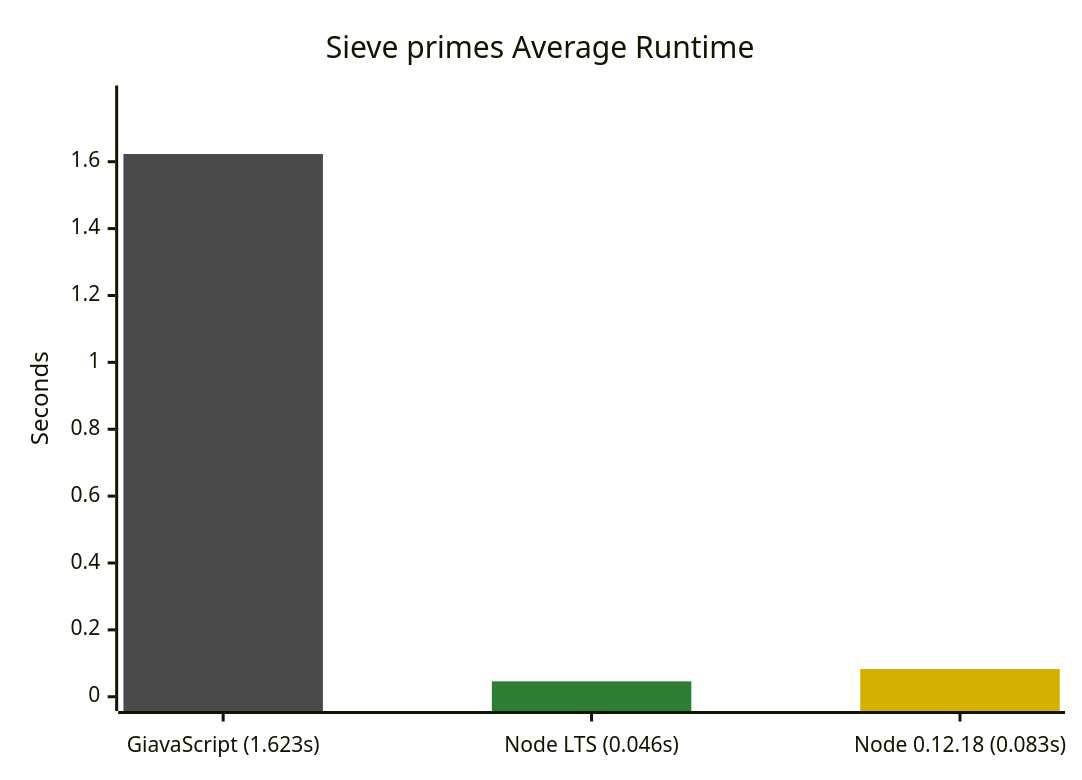
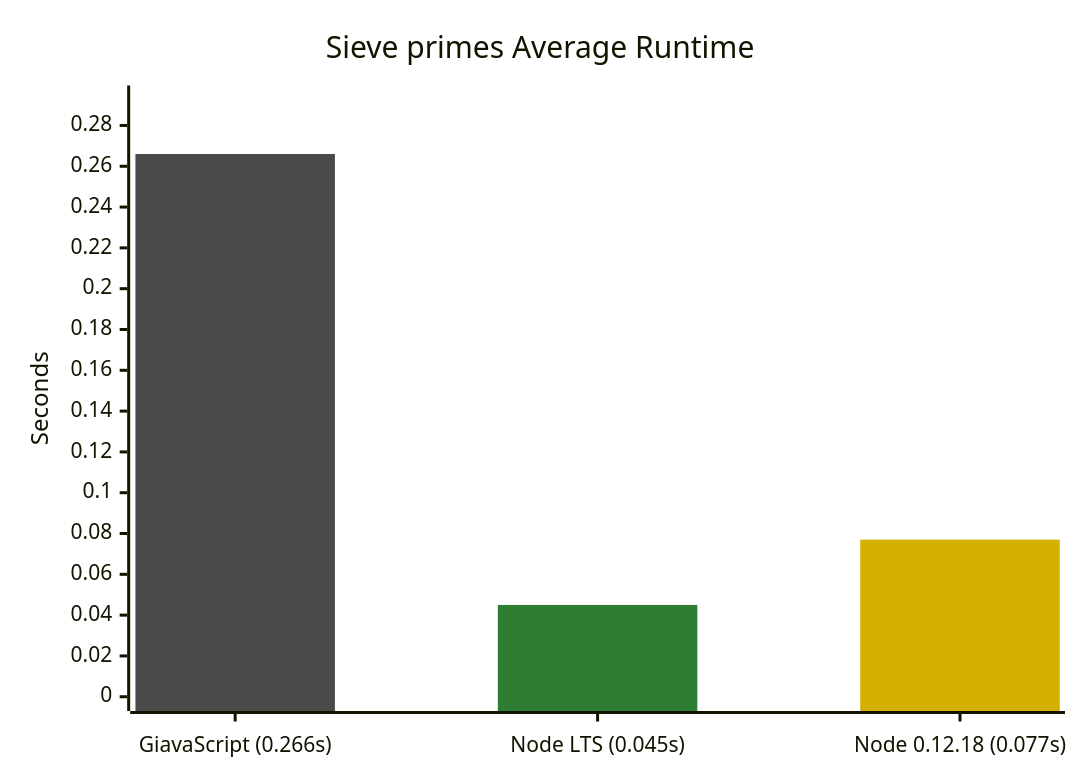
The fifth of 5 diagrams in README.md (GiavaScript/GiavaScript), drawn with Mermaid before and after one commit. The commit also changed other lines of this file and 2 other files, not shown here.

````diff
--- a/README.md
+++ b/README.md
@@ -127,10 +127,10 @@
 ```mermaid
 %%{init: {"themeVariables": {"xyChart": {"plotColorPalette": "#4a4a4a, #2e7d32, #d4b000"}}}}%%
 xychart-beta
     title "Sieve primes Average Runtime"
-    x-axis ["GiavaScript (1.623s)", "Node LTS (0.046s)", "Node 0.12.18 (0.083s)"]
-    y-axis "Seconds" 0 --> 1.7853
-    bar [1.623, -1, -1]
-    bar [-1, 0.046, -1]
-    bar [-1, -1, 0.083]
+    x-axis ["GiavaScript (0.266s)", "Node LTS (0.045s)", "Node 0.12.18 (0.077s)"]
+    y-axis "Seconds" 0 --> 0.2926
+    bar [0.266, -1, -1]
+    bar [-1, 0.045, -1]
+    bar [-1, -1, 0.077]
 ```
````
